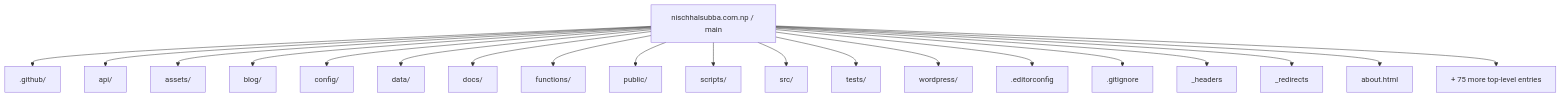
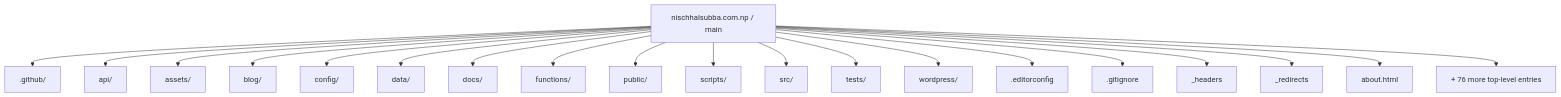
One commit to Nischhalsubba/nischhalsubba.com.np changed the first of 8 diagrams in README.md. Above: the diagram before and after it, drawn with Mermaid. The commit also changed other lines of this file, not shown here.

````diff
--- a/README.md
+++ b/README.md
@@ -57,23 +57,23 @@
 ```mermaid
 flowchart TD
     ROOT["nischhalsubba.com.np / main"]
     ROOT --> P0[".github/"]
     ROOT --> P1["api/"]
     ROOT --> P2["assets/"]
     ROOT --> P3["blog/"]
     ROOT --> P4["config/"]
     ROOT --> P5["data/"]
     ROOT --> P6["docs/"]
     ROOT --> P7["functions/"]
     ROOT --> P8["public/"]
     ROOT --> P9["scripts/"]
     ROOT --> P10["src/"]
     ROOT --> P11["tests/"]
     ROOT --> P12["wordpress/"]
     ROOT --> P13[".editorconfig"]
     ROOT --> P14[".gitignore"]
     ROOT --> P15["_headers"]
     ROOT --> P16["_redirects"]
     ROOT --> P17["about.html"]
-    ROOT --> MORE["+ 75 more top-level entries"]
+    ROOT --> MORE["+ 76 more top-level entries"]
 ```
````
